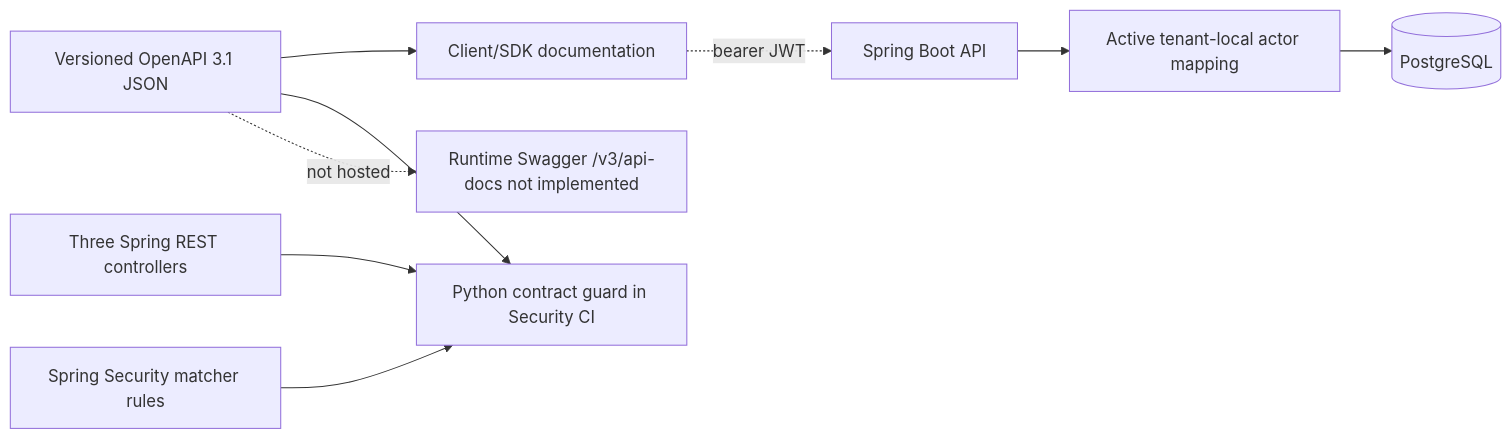
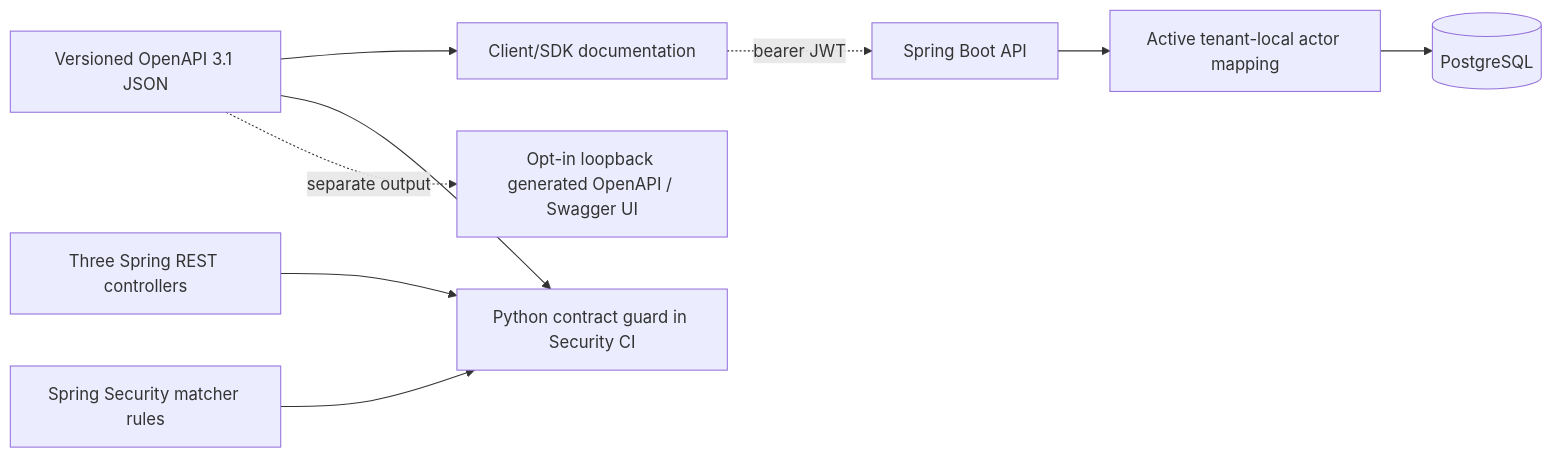
One commit to asambataiden/enterprise-identity-access-platform changed the diagram in docs/api/README.md. Above: the diagram before and after it, drawn with Mermaid. The commit also changed other lines of this file and 13 other files, not shown here.

First line of the commit message:
feat(api): add default-disabled Springdoc runtime and local Swagger security tests (#64)

````diff
--- a/docs/api/README.md
+++ b/docs/api/README.md
@@ -29,11 +73,11 @@
 ```mermaid
 flowchart LR
   SPEC[Versioned OpenAPI 3.1 JSON] --> CLIENT[Client/SDK documentation]
   SPEC --> VALID[Python contract guard in Security CI]
   JAVA[Three Spring REST controllers] --> VALID
   FILTER[Spring Security matcher rules] --> VALID
   CLIENT -. bearer JWT .-> API[Spring Boot API]
   API --> ACTOR[Active tenant-local actor mapping]
   ACTOR --> DB[(PostgreSQL)]
-  SPEC -. not hosted .-> HOST[Runtime Swagger /v3/api-docs not implemented]
+  SPEC -. separate output .-> HOST[Opt-in loopback generated OpenAPI / Swagger UI]
 ```
````
